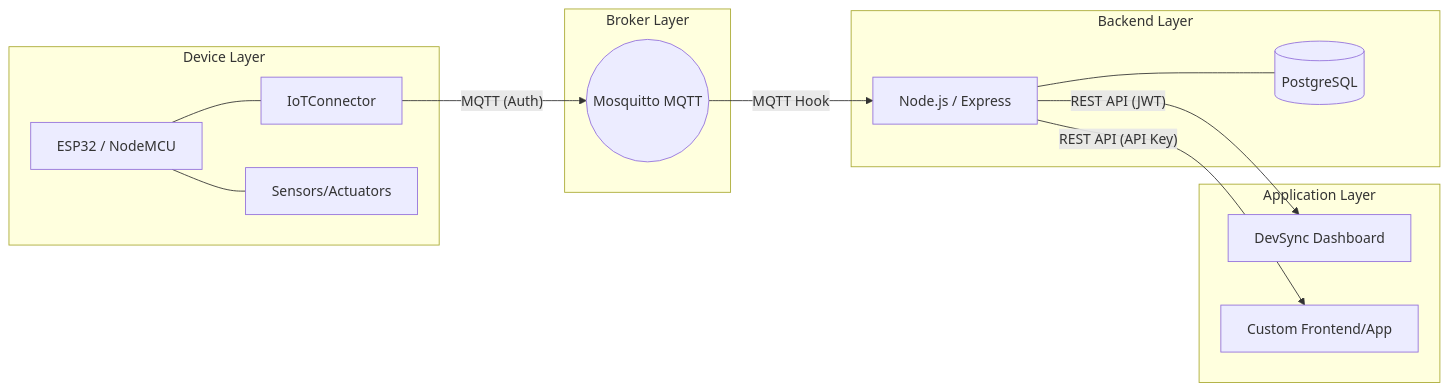
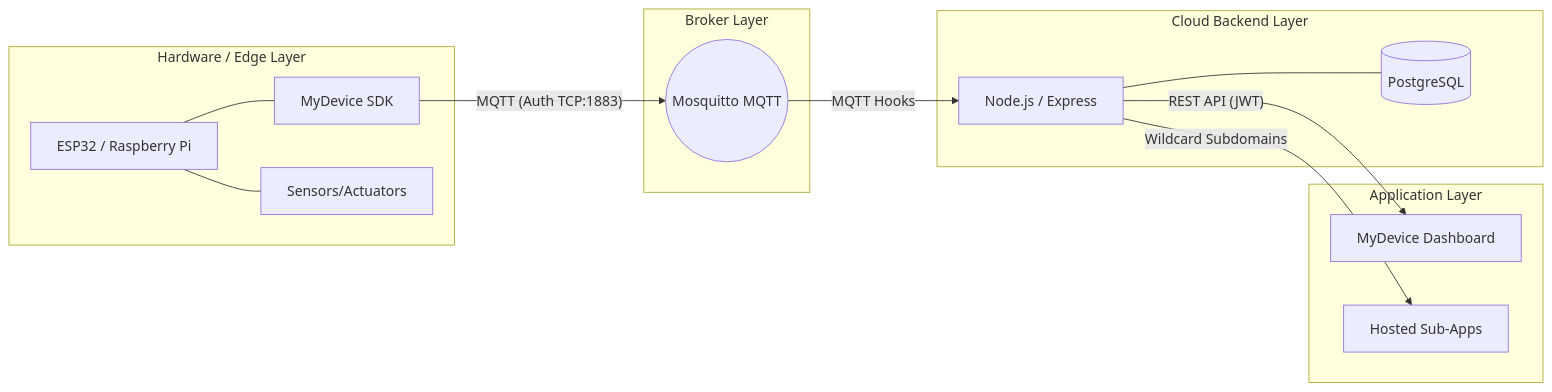
One commit to NajrudinAn/iot.Mydevice changed the diagram in README.md. Above: the diagram before and after it, drawn with Mermaid. The commit also changed other lines of this file and 1 other file, not shown here.

````diff
--- a/README.md
+++ b/README.md
@@ -14,30 +28,30 @@
 ```mermaid
 graph LR
-    subgraph "Device Layer"
-        ESP32[ESP32 / NodeMCU]
-        Connector[IoTConnector]
+    subgraph "Hardware / Edge Layer"
+        ESP32[ESP32 / Raspberry Pi]
+        SDK[MyDevice SDK]
         Sensors[Sensors/Actuators]
         ESP32 --- Sensors
-        ESP32 --- Connector
+        ESP32 --- SDK
     end
 
     subgraph "Broker Layer"
         Mosquitto((Mosquitto MQTT))
     end
 
-    subgraph "Backend Layer"
+    subgraph "Cloud Backend Layer"
         Node[Node.js / Express]
         Postgres[(PostgreSQL)]
         Node --- Postgres
     end
 
     subgraph "Application Layer"
-        Dashboard[DevSync Dashboard]
-        CustomApp[Custom Frontend/App]
+        Dashboard[MyDevice Dashboard]
+        CustomApp[Hosted Sub-Apps]
     end
 
-    Connector -- "MQTT (Auth)" --> Mosquitto
-    Mosquitto -- "MQTT Hook" --> Node
+    SDK -- "MQTT (Auth TCP:1883)" --> Mosquitto
+    Mosquitto -- "MQTT Hooks" --> Node
     Node -- "REST API (JWT)" --> Dashboard
-    Node -- "REST API (API Key)" --> CustomApp
+    Node -- "Wildcard Subdomains" --> CustomApp
 ```
````
